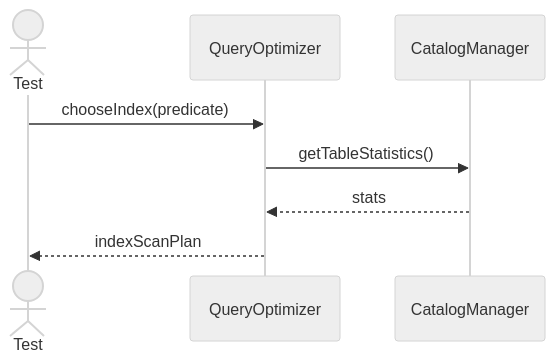
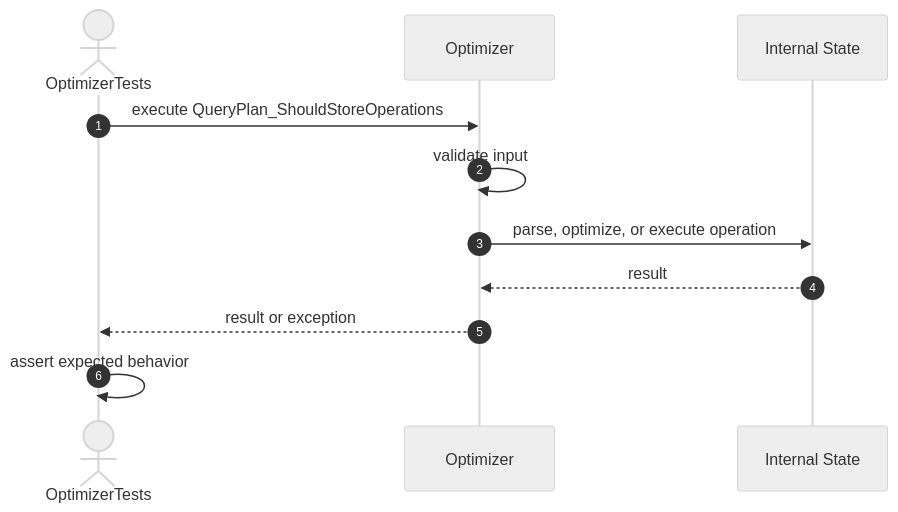
The second of 19 diagrams in src/tests/unit/query/sequences/query-optimizer-testing.se.md (FhuAnn/-bbv-AN-s-DBMS), drawn with Mermaid (neutral theme) before and after one commit. The commit also changed other lines of this file and 36 other files, not shown here.

````diff
--- a/src/tests/unit/query/sequences/query-optimizer-testing.se.md
+++ b/src/tests/unit/query/sequences/query-optimizer-testing.se.md
@@ -40,11 +28,14 @@
 ```mermaid
 sequenceDiagram
-actor Test
-participant QueryOptimizer
-participant CatalogManager
+    autonumber
+    actor Test as OptimizerTests
+    participant Target as Optimizer
+    participant Internal as Internal State
 
-Test->>QueryOptimizer: chooseIndex(predicate)
-QueryOptimizer->>CatalogManager: getTableStatistics()
-CatalogManager-->>QueryOptimizer: stats
-QueryOptimizer-->>Test: indexScanPlan
+    Test->>Target: execute QueryPlan_ShouldStoreOperations
+    Target->>Target: validate input
+    Target->>Internal: parse, optimize, or execute operation
+    Internal-->>Target: result
+    Target-->>Test: result or exception
+    Test->>Test: assert expected behavior
 ```
````
